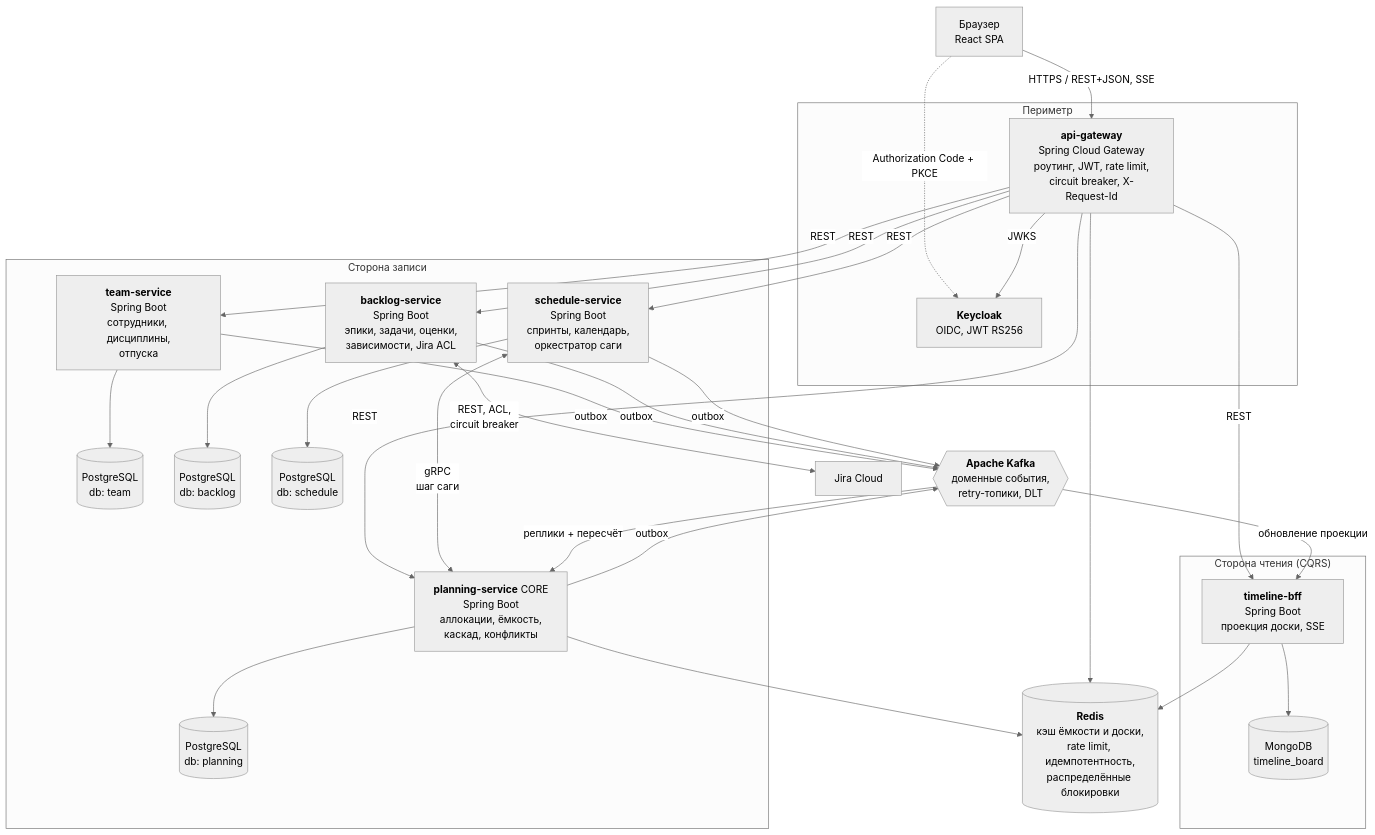
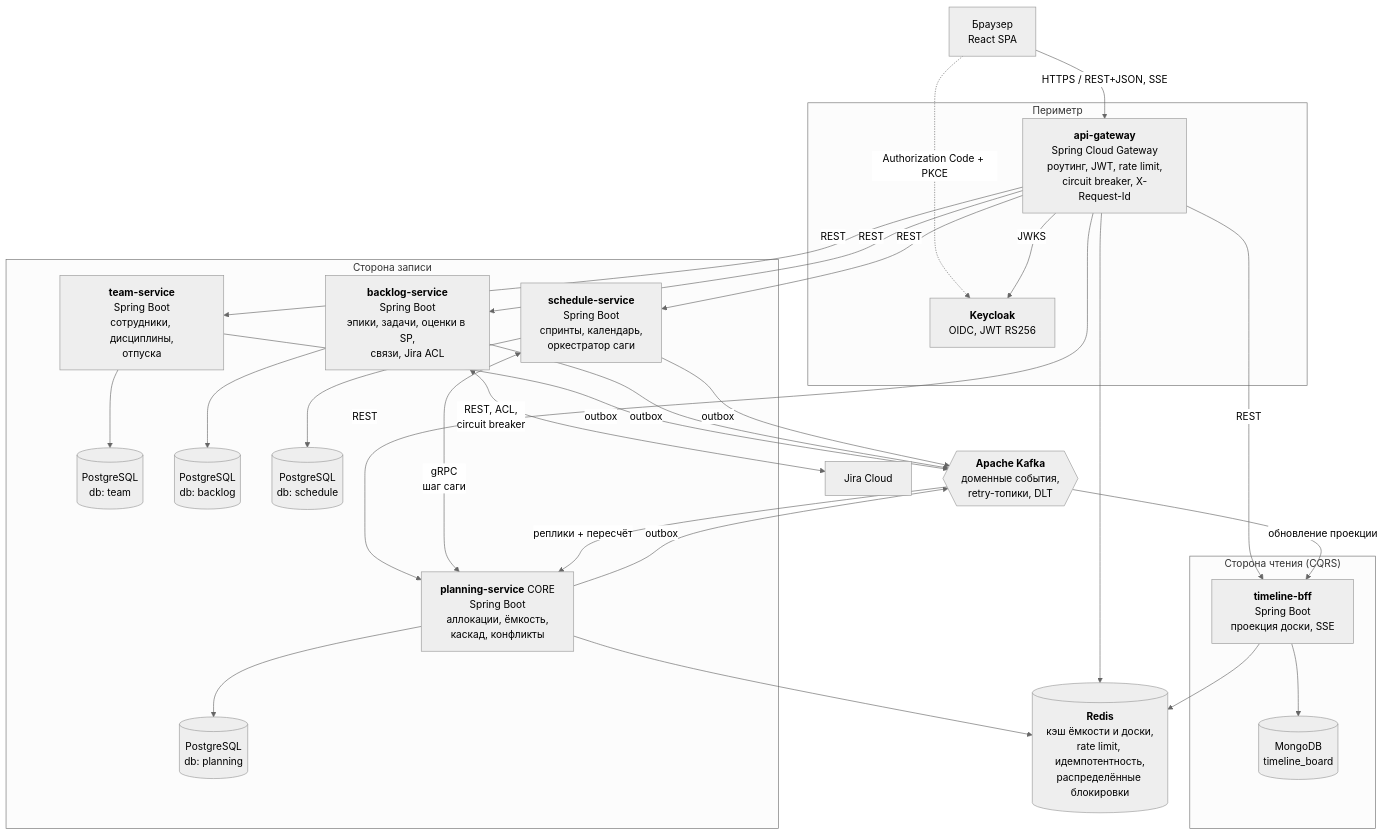
The second of 12 diagrams in docs/architecture.md (Kondrikova/Timeline), drawn with Mermaid (neutral theme) before and after one commit. The commit also changed other lines of this file, not shown here.

First line of the commit message:
docs: планирование в story points и связи без временных лагов

````diff
--- a/docs/architecture.md
+++ b/docs/architecture.md
@@ -172,59 +195,59 @@
 ```mermaid
 flowchart TB
     U["Браузер<br/>React SPA"]
     JIRA["Jira Cloud"]
 
     subgraph EDGE["Периметр"]
         GW["<b>api-gateway</b><br/>Spring Cloud Gateway<br/>роутинг, JWT, rate limit,<br/>circuit breaker, X-Request-Id"]
         KC["<b>Keycloak</b><br/>OIDC, JWT RS256"]
     end
 
     subgraph QUERY["Сторона чтения (CQRS)"]
         BFF["<b>timeline-bff</b><br/>Spring Boot<br/>проекция доски, SSE"]
         MONGO[("MongoDB<br/>timeline_board")]
     end
 
     subgraph CMD["Сторона записи"]
         TEAM["<b>team-service</b><br/>Spring Boot<br/>сотрудники, дисциплины,<br/>отпуска"]
-        BACK["<b>backlog-service</b><br/>Spring Boot<br/>эпики, задачи, оценки,<br/>зависимости, Jira ACL"]
+        BACK["<b>backlog-service</b><br/>Spring Boot<br/>эпики, задачи, оценки в SP,<br/>связи, Jira ACL"]
         SCH["<b>schedule-service</b><br/>Spring Boot<br/>спринты, календарь,<br/>оркестратор саги"]
         PLAN["<b>planning-service</b> CORE<br/>Spring Boot<br/>аллокации, ёмкость,<br/>каскад, конфликты"]
 
         PGT[("PostgreSQL<br/>db: team")]
         PGB[("PostgreSQL<br/>db: backlog")]
         PGS[("PostgreSQL<br/>db: schedule")]
         PGP[("PostgreSQL<br/>db: planning")]
     end
 
     KAFKA{{"<b>Apache Kafka</b><br/>доменные события,<br/>retry-топики, DLT"}}
     REDIS[("<b>Redis</b><br/>кэш ёмкости и доски,<br/>rate limit, идемпотентность,<br/>распределённые блокировки")]
 
     U -->|"HTTPS / REST+JSON, SSE"| GW
     U -.->|"Authorization Code + PKCE"| KC
     GW -->|"JWKS"| KC
     GW -->|"REST"| BFF
     GW -->|"REST"| TEAM
     GW -->|"REST"| BACK
     GW -->|"REST"| SCH
     GW -->|"REST"| PLAN
 
     BFF --> MONGO
     TEAM --> PGT
     BACK --> PGB
     SCH --> PGS
     PLAN --> PGP
 
     BACK <-->|"REST, ACL,<br/>circuit breaker"| JIRA
     SCH <-->|"gRPC<br/>шаг саги"| PLAN
 
     TEAM -->|"outbox"| KAFKA
     BACK -->|"outbox"| KAFKA
     SCH -->|"outbox"| KAFKA
     PLAN -->|"outbox"| KAFKA
     KAFKA -->|"реплики + пересчёт"| PLAN
     KAFKA -->|"обновление проекции"| BFF
 
     GW --> REDIS
     BFF --> REDIS
     PLAN --> REDIS
 ```
````
